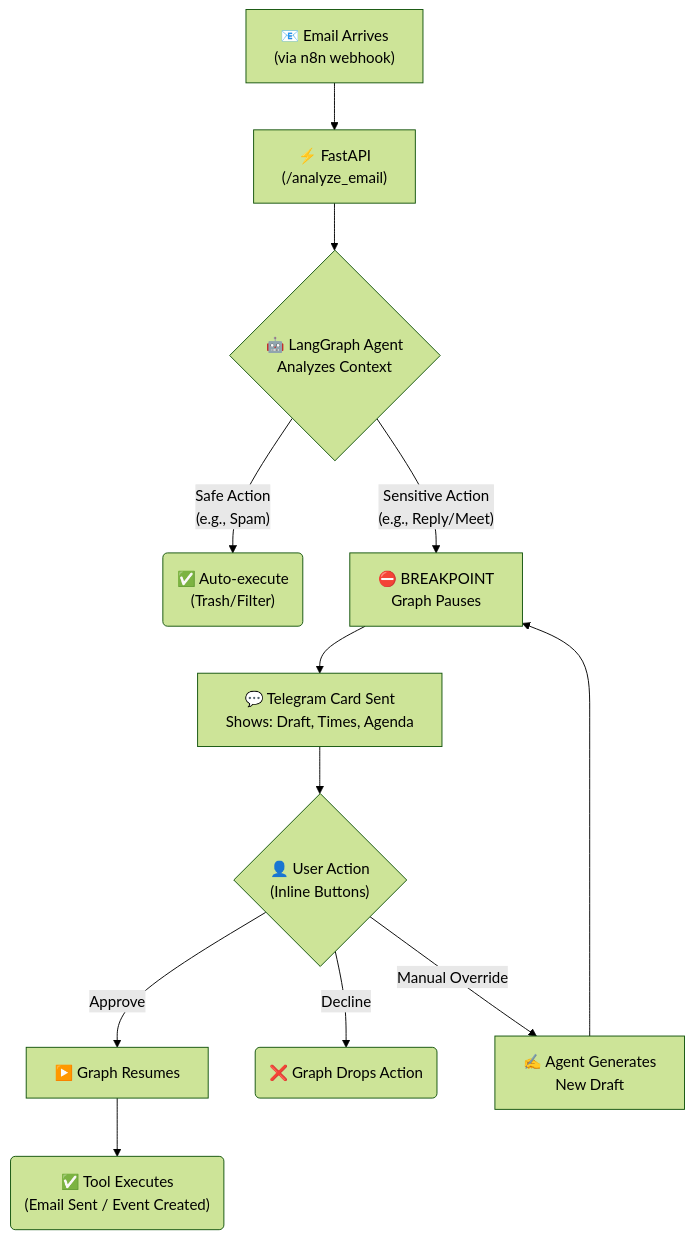
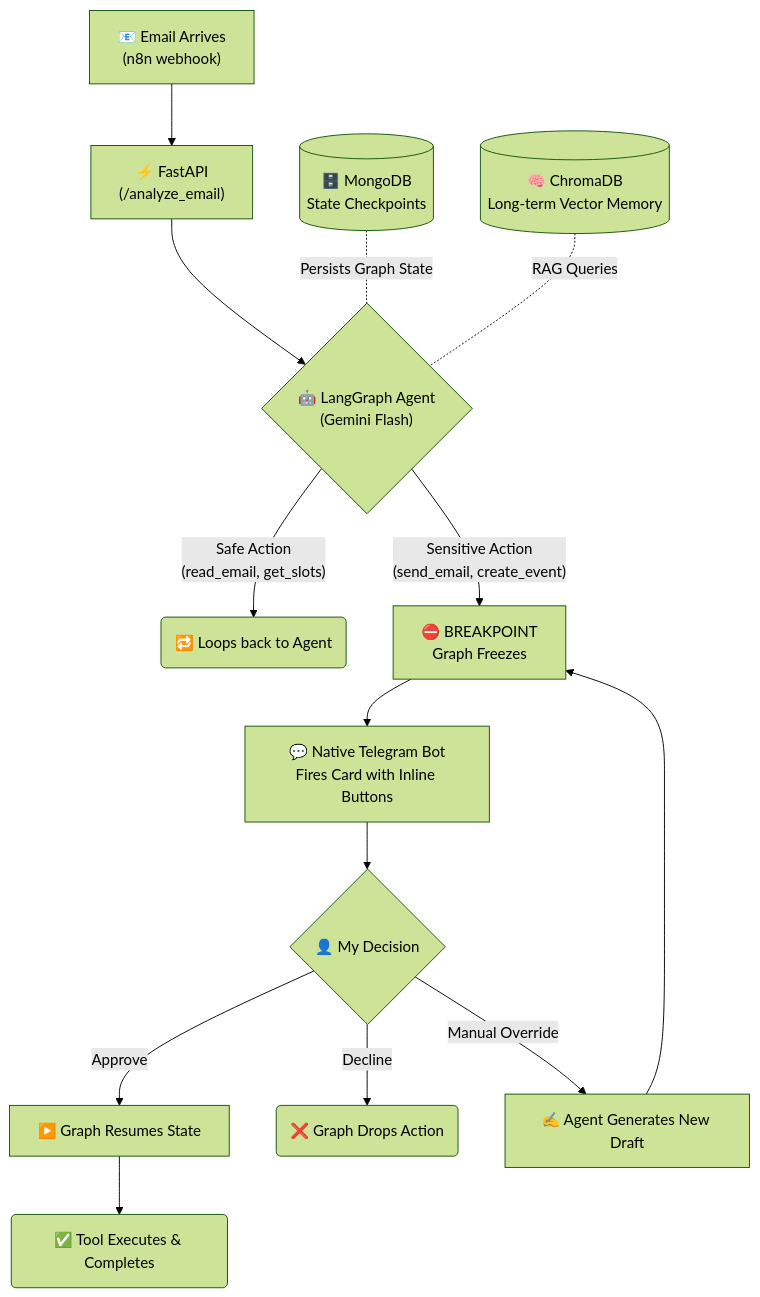
Before and after one commit to GolanLevi/myOS: the diagram in README.md, drawn with Mermaid (forest theme). The commit also changed other lines of this file and 1 other file, not shown here.

Commit message:
docs: rewrite READMEs with passionate human tone and email journey scenarios

````diff
--- a/README.md
+++ b/README.md
@@ -71,20 +75,23 @@
 ```mermaid
 graph TD
-    A["📧 Email Arrives\n(via n8n webhook)"] --> B["⚡ FastAPI\n(/analyze_email)"]
-    B --> C{"🤖 LangGraph Agent\nAnalyzes Context"}
+    A["📧 Email Arrives\n(n8n webhook)"] --> B["⚡ FastAPI\n(/analyze_email)"]
+    B --> C{"🤖 LangGraph Agent\n(Gemini Flash)"}
     
-    C -->|"Safe Action\n(e.g., Spam)"| D("✅ Auto-execute\n(Trash/Filter)")
+    C -->|"Safe Action\n(read_email, get_slots)"| D("🔁 Loops back to Agent")
     
-    C -->|"Sensitive Action\n(e.g., Reply/Meet)"| E["⛔ BREAKPOINT\nGraph Pauses"]
+    C -->|"Sensitive Action\n(send_email, create_event)"| E["⛔ BREAKPOINT\nGraph Freezes"]
     
-    E --> F["💬 Telegram Card Sent\nShows: Draft, Times, Agenda"]
+    E --> F["💬 Native Telegram Bot\nFires Card with Inline Buttons"]
     
-    F --> G{"👤 User Action\n(Inline Buttons)"}
+    F --> G{"👤 My Decision"}
     
-    G -->|"Approve"| H["▶️ Graph Resumes"]
+    G -->|"Approve"| H["▶️ Graph Resumes State"]
     G -->|"Decline"| I("❌ Graph Drops Action")
-    G -->|"Manual Override"| J["✍️ Agent Generates\nNew Draft"]
+    G -->|"Manual Override"| J["✍️ Agent Generates New Draft"]
     
-    H --> K("✅ Tool Executes\n(Email Sent / Event Created)")
+    H --> K("✅ Tool Executes & Completes")
     J --> E
+    
+    M[("🗄️ MongoDB\nState Checkpoints")] -. "Persists Graph State" .- C
+    N[("🧠 ChromaDB\nLong-term Vector Memory")] -. "RAG Queries" .- C
 ```
````
